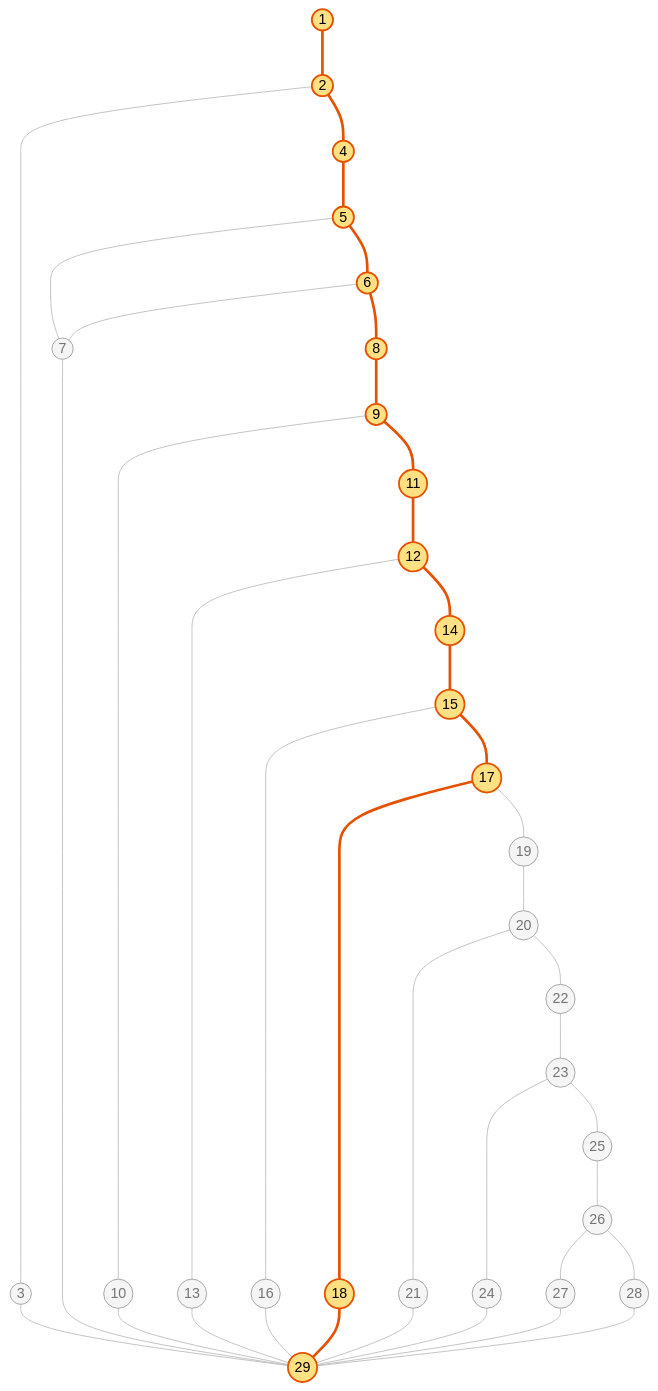
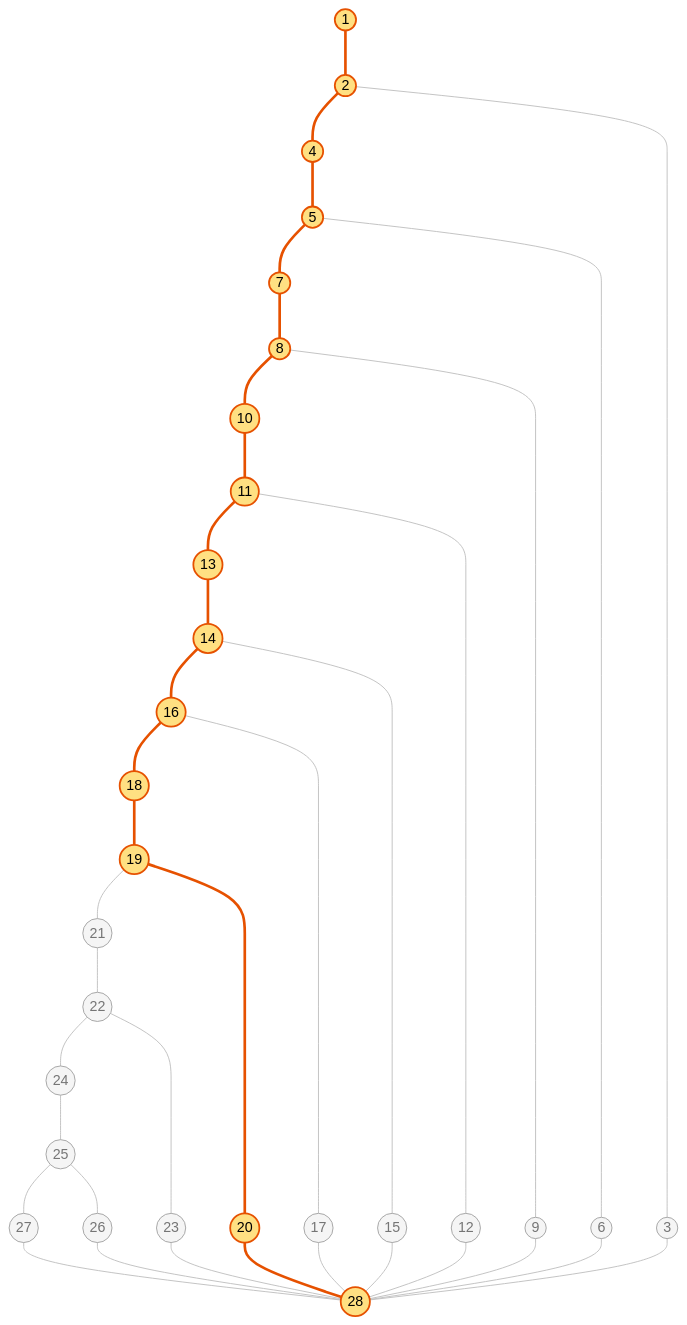
The eighth of 11 diagrams in tests/docs/caja_blanca_01_enviar_flag.md (bloedige/itdb_ctf), drawn with Mermaid before and after one commit. The commit also changed other lines of this file and 47 other files, not shown here.

````diff
--- a/tests/docs/caja_blanca_01_enviar_flag.md
+++ b/tests/docs/caja_blanca_01_enviar_flag.md
@@ -452,46 +463,44 @@
 ```mermaid
 graph TD
     n1((1)) --- n2((2))
-    n2 --- n3((3))
-    n3 --- n29((29))
     n2 --- n4((4))
     n4 --- n5((5))
     n5 --- n7((7))
-    n7 --- n29
+    n7 --- n8((8))
+    n8 --- n10((10))
+    n10 --- n11((11))
+    n11 --- n13((13))
+    n13 --- n14((14))
+    n14 --- n16((16))
+    n16 --- n18((18))
+    n18 --- n19((19))
+    n19 --- n21((21))
+    n21 --- n22((22))
+    n22 --- n24((24))
+    n24 --- n25((25))
+    n25 --- n27((27))
+    n27 --- n28((28))
+    n25 --- n26((26))
+    n26 --- n28
+    n22 --- n23((23))
+    n23 --- n28
+    n19 --- n20((20))
+    n20 --- n28
+    n16 --- n17((17))
+    n17 --- n28
+    n14 --- n15((15))
+    n15 --- n28
+    n11 --- n12((12))
+    n12 --- n28
+    n8 --- n9((9))
+    n9 --- n28
     n5 --- n6((6))
-    n6 --- n7
-    n6 --- n8((8))
-    n8 --- n9((9))
-    n9 --- n10((10))
-    n10 --- n29
-    n9 --- n11((11))
-    n11 --- n12((12))
-    n12 --- n13((13))
-    n13 --- n29
-    n12 --- n14((14))
-    n14 --- n15((15))
-    n15 --- n16((16))
-    n16 --- n29
-    n15 --- n17((17))
-    n17 --- n18((18))
-    n18 --- n29
-    n17 --- n19((19))
-    n19 --- n20((20))
-    n20 --- n21((21))
-    n21 --- n29
-    n20 --- n22((22))
-    n22 --- n23((23))
-    n23 --- n24((24))
-    n24 --- n29
-    n23 --- n25((25))
-    n25 --- n26((26))
-    n26 --- n27((27))
-    n27 --- n29
-    n26 --- n28((28))
-    n28 --- n29
+    n6 --- n28
+    n2 --- n3((3))
+    n3 --- n28
     classDef default fill:#f5f5f5,stroke:#9e9e9e,color:#757575
     classDef camino fill:#ffe082,stroke:#e65100,stroke-width:2px,color:#000
-    class n1,n2,n4,n5,n6,n8,n9,n11,n12,n14,n15,n17,n18,n29 camino
+    class n1,n2,n4,n5,n7,n8,n10,n11,n13,n14,n16,n18,n19,n20,n28 camino
     linkStyle default stroke:#bdbdbd,stroke-width:1px
-    linkStyle 0,3,4,7,9,10,13,14,17,18,21,22,23 stroke:#e65100,stroke-width:3px
+    linkStyle 0,1,2,3,4,5,6,7,8,9,10,11,22,23 stroke:#e65100,stroke-width:3px
 ```
````
